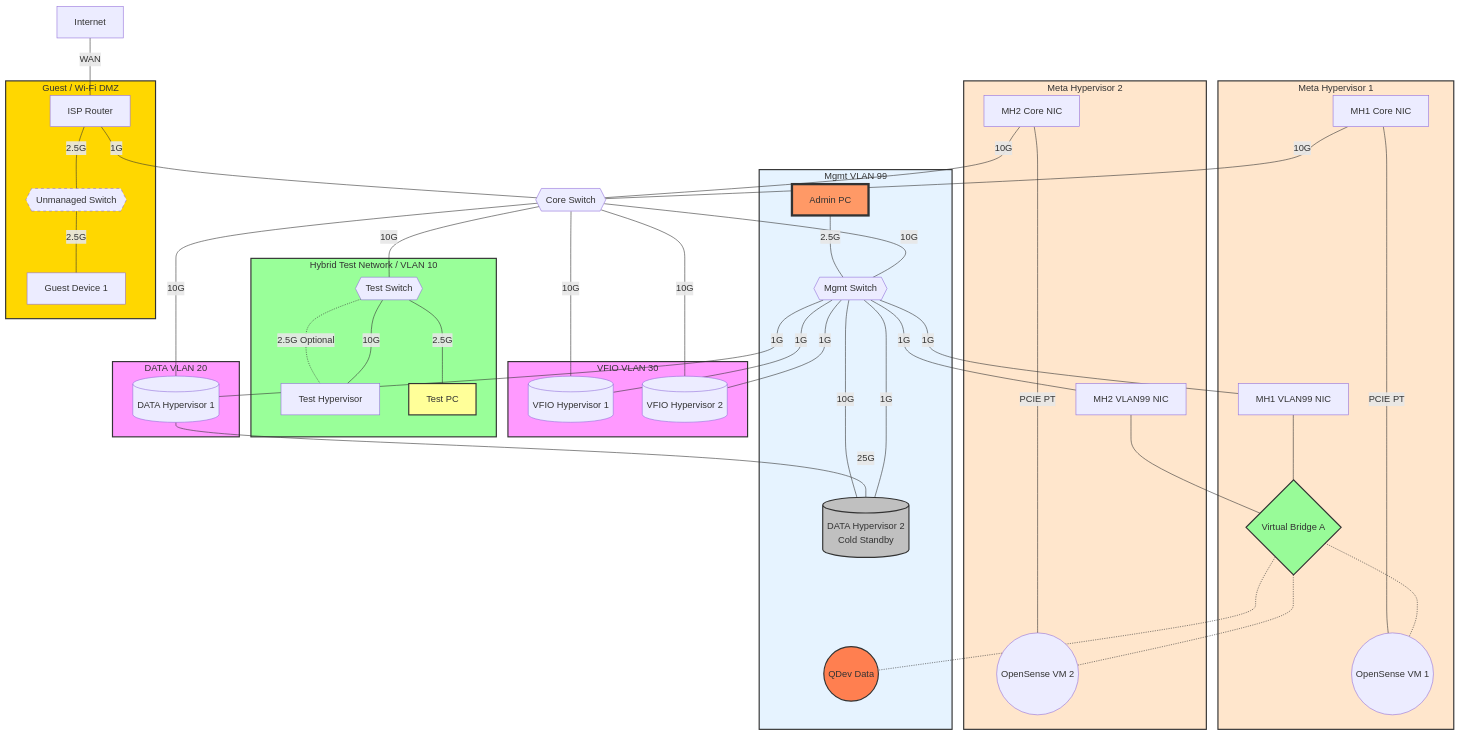
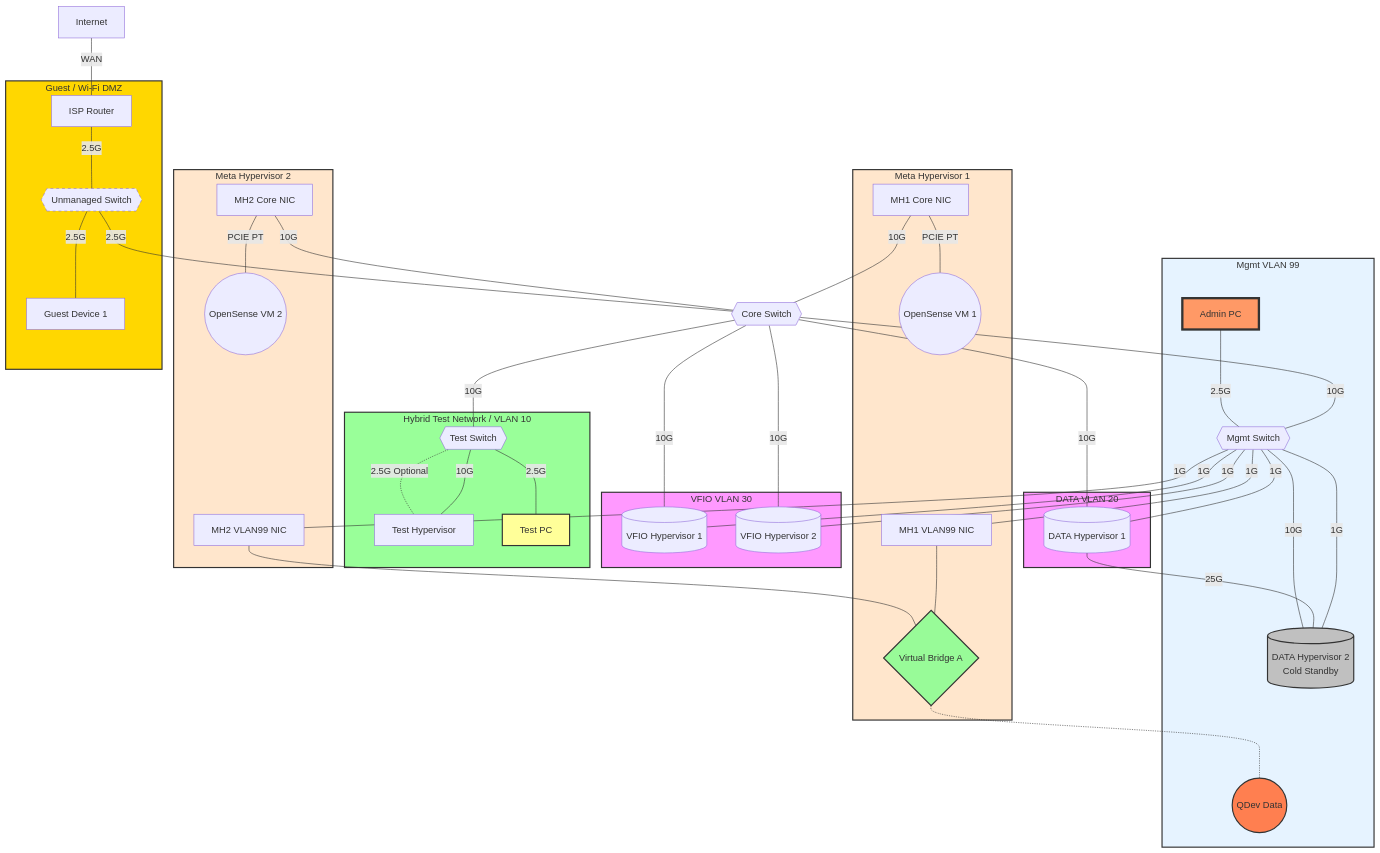
Before and after one commit to woeiru/lab: the diagram in alp/netop8.md, drawn with Mermaid.

Commit message:
alp/netop8.md: update internet connection and remove redundant bridge links

````diff
--- a/alp/netop8.md
+++ b/alp/netop8.md
@@ -3,7 +3,7 @@
 ```mermaid
 graph TD
     INT[Internet] --- |WAN| ISPR[ISP Router]
-    ISPR --- |"1G"| CS{{Core Switch}}
+    US --- |"2.5G"| CS{{Core Switch}}
     ISPR ---|"2.5G"| US{{Unmanaged Switch}}
     US ---|"2.5G"| GD[Guest Device 1]
     CS ---|"10G"| MS{{Mgmt Switch}}
@@ -26,8 +26,6 @@
     TS -.-|"2.5G Optional"| TH
     TS ---|"2.5G"| TM[Test PC]
     VBA{Virtual Bridge A} -..- QDD((QDev Data))
-    VBA -..- OPN1
-    VBA -..- OPN2
     subgraph MH1[Meta Hypervisor 1]
         MH1NIC2 ---|"PCIE PT"| OPN1((OpenSense VM 1))
         MH1NIC3 --- VBA
````
